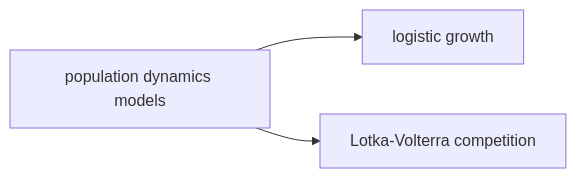
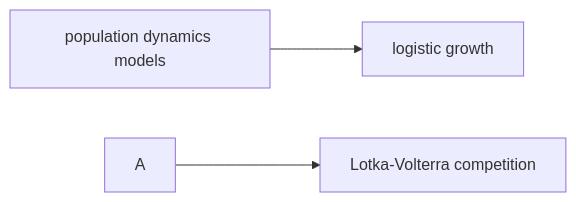
Before and after one commit to docxology/MetaInformAnt: the diagram in docs/math/dynamics.md, drawn with Mermaid. The commit also changed 611 other files, not shown here.

````diff
--- a/docs/math/dynamics.md
+++ b/docs/math/dynamics.md
@@ -5,5 +5,5 @@
 ```mermaid
 flowchart LR
-  A[population dynamics models] --> B[logistic growth]
-  A --> C[Lotka-Volterra competition]
+  ApopulationDynamicsModels[population dynamics models] --> BlogisticGrowth[logistic growth]
+  A --> Clotka-volterraCompetition[Lotka-Volterra competition]
 ```
````
